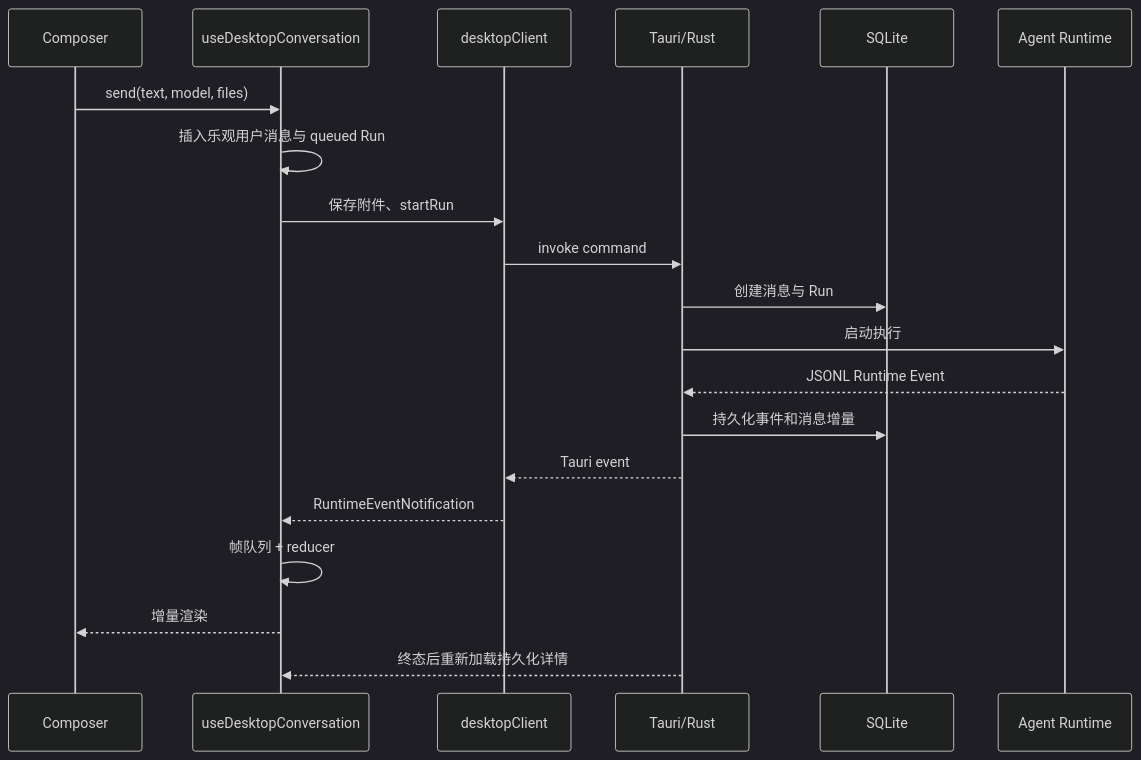
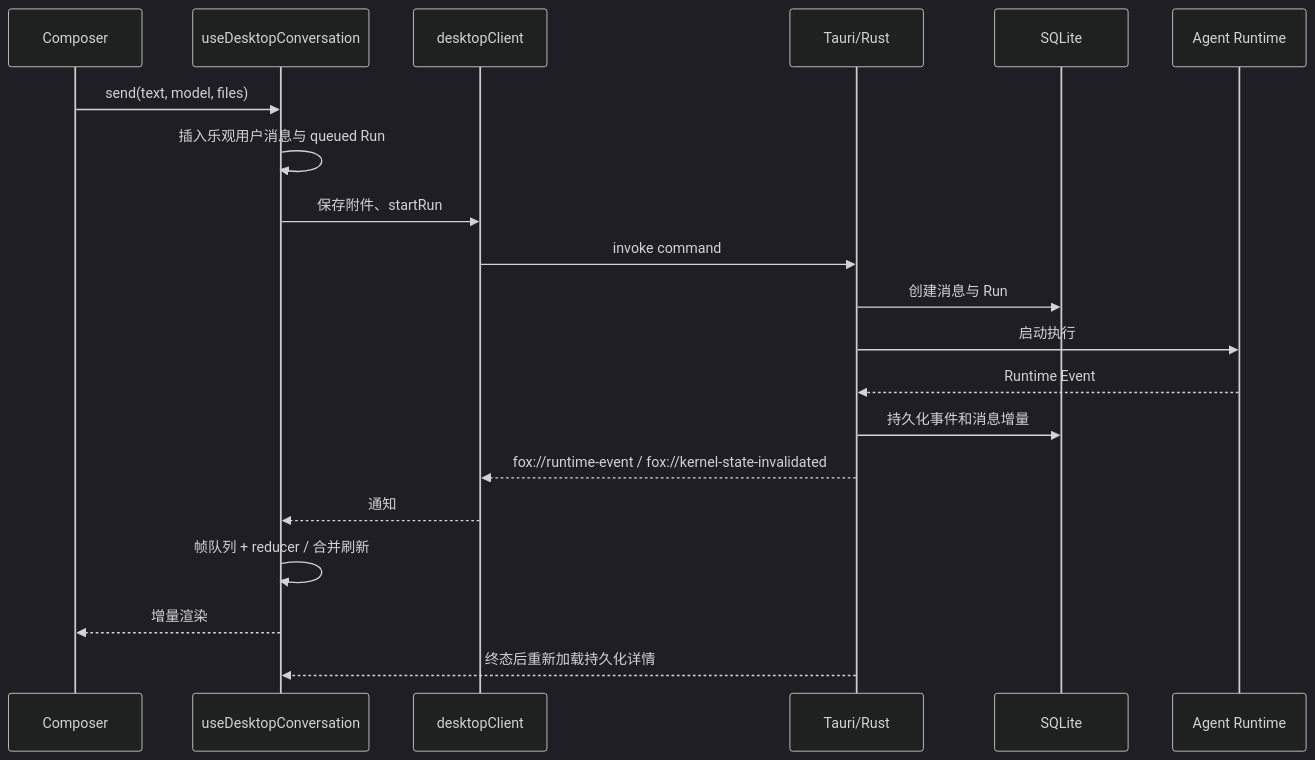
Before and after one commit to Hry1729/Fox-Agent: the second of 2 diagrams in docs/03-产品与前端/前端架构.md, drawn with Mermaid (dark theme). The commit also changed other lines of this file, not shown here.

````diff
--- a/docs/03-产品与前端/前端架构.md
+++ b/docs/03-产品与前端/前端架构.md
@@ -105,23 +130,23 @@
 ```mermaid
 sequenceDiagram
   participant UI as Composer
   participant Hook as useDesktopConversation
   participant Client as desktopClient
   participant Host as Tauri/Rust
   participant DB as SQLite
   participant Runtime as Agent Runtime
 
   UI->>Hook: send(text, model, files)
   Hook->>Hook: 插入乐观用户消息与 queued Run
   Hook->>Client: 保存附件、startRun
   Client->>Host: invoke command
   Host->>DB: 创建消息与 Run
   Host->>Runtime: 启动执行
-  Runtime-->>Host: JSONL Runtime Event
+  Runtime-->>Host: Runtime Event
   Host->>DB: 持久化事件和消息增量
-  Host-->>Client: Tauri event
-  Client-->>Hook: RuntimeEventNotification
-  Hook->>Hook: 帧队列 + reducer
+  Host-->>Client: fox://runtime-event / fox://kernel-state-invalidated
+  Client-->>Hook: 通知
+  Hook->>Hook: 帧队列 + reducer / 合并刷新
   Hook-->>UI: 增量渲染
   Host-->>Hook: 终态后重新加载持久化详情
 ```
````
